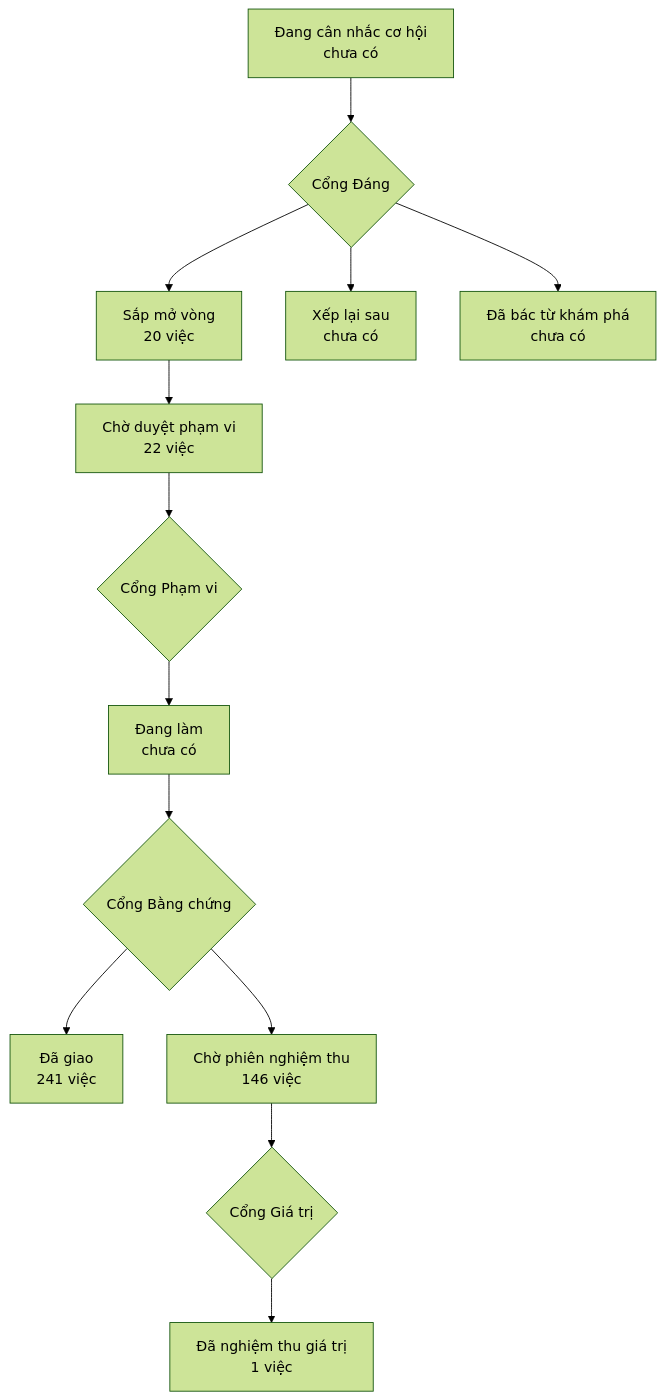
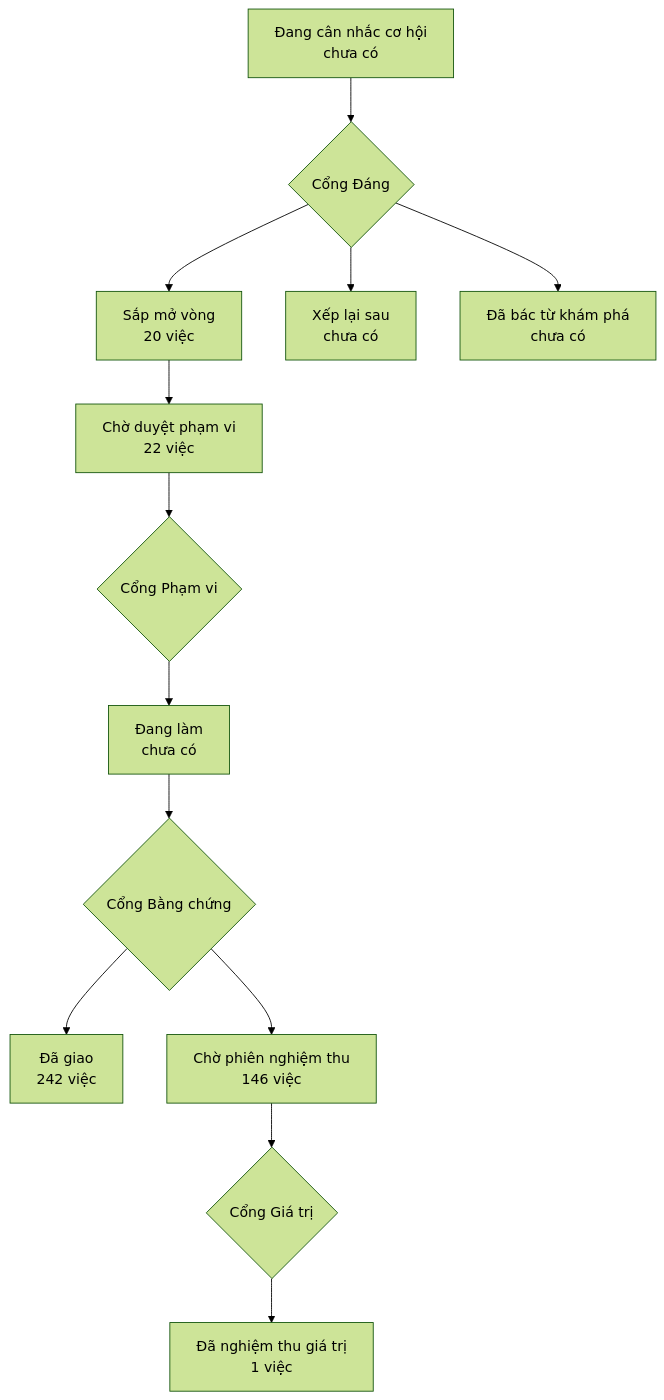
The diagram in PRODUCT-MAP.md (phanlemanh/onehub-invest), drawn with Mermaid (forest theme) before and after one commit. The commit also changed other lines of this file and 37 other files, not shown here.

````diff
--- a/PRODUCT-MAP.md
+++ b/PRODUCT-MAP.md
@@ -7,12 +7,12 @@
 ```mermaid
 flowchart TD
   A["Đang cân nhắc cơ hội<br/>chưa có"] --> GD{"Cổng Đáng"}
   GD --> B["Sắp mở vòng<br/>20 việc"]
   GD --> XL["Xếp lại sau<br/>chưa có"]
   GD --> DB["Đã bác từ khám phá<br/>chưa có"]
   B --> CD["Chờ duyệt phạm vi<br/>22 việc"] --> GP{"Cổng Phạm vi"}
   GP --> DL["Đang làm<br/>chưa có"] --> GB{"Cổng Bằng chứng"}
-  GB --> DG["Đã giao<br/>241 việc"]
+  GB --> DG["Đã giao<br/>242 việc"]
   GB --> CN["Chờ phiên nghiệm thu<br/>146 việc"] --> GG{"Cổng Giá trị"}
   GG --> NT["Đã nghiệm thu giá trị<br/>1 việc"]
 ```
````
